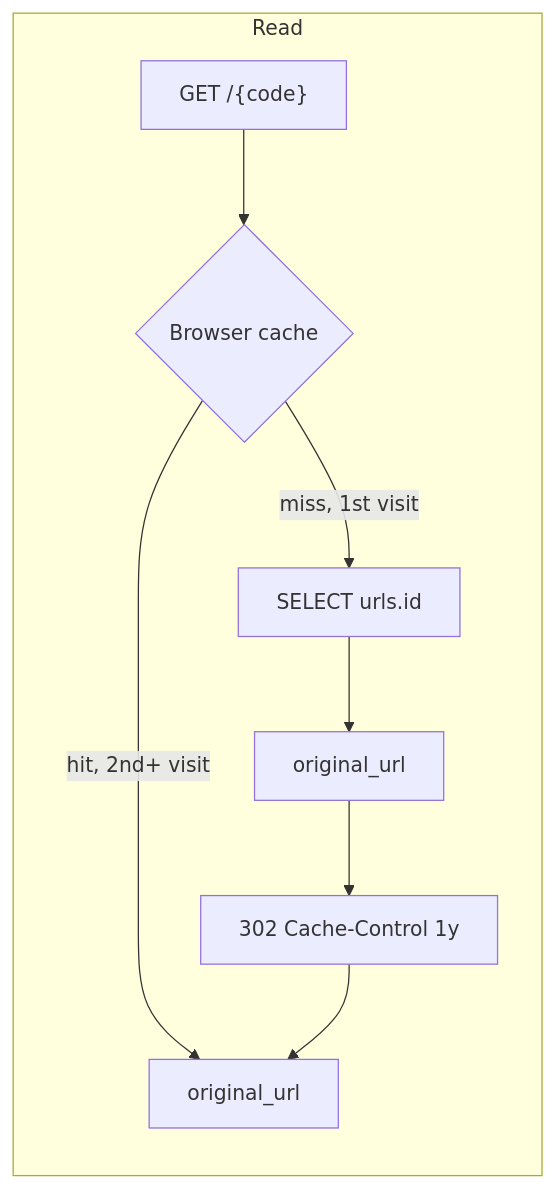
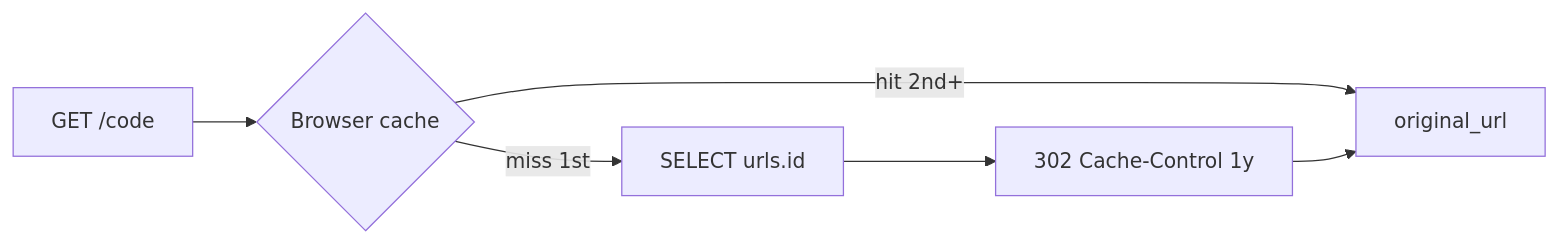
Before and after one commit to gianluca-pettenon/url-shortener: the second of 2 diagrams in README.md, drawn with Mermaid. The commit also changed other lines of this file and 2 other files, not shown here.

````diff
--- a/README.md
+++ b/README.md
@@ -19,11 +24,8 @@
 ```mermaid
 flowchart LR
-    subgraph read["Read"]
-        H["GET /{code}"] --> I{Browser cache}
-        I -->|hit, 2nd+ visit| R[original_url]
-        I -->|miss, 1st visit| J["SELECT urls.id"]
-        J --> K[original_url]
-        K --> L["302 Cache-Control 1y"]
-        L --> R
-    end
+    H[GET /code] --> I{Browser cache}
+    I -->|hit 2nd+| R[original_url]
+    I -->|miss 1st| J[SELECT urls.id]
+    J --> L[302 Cache-Control 1y]
+    L --> R
 ```
````
